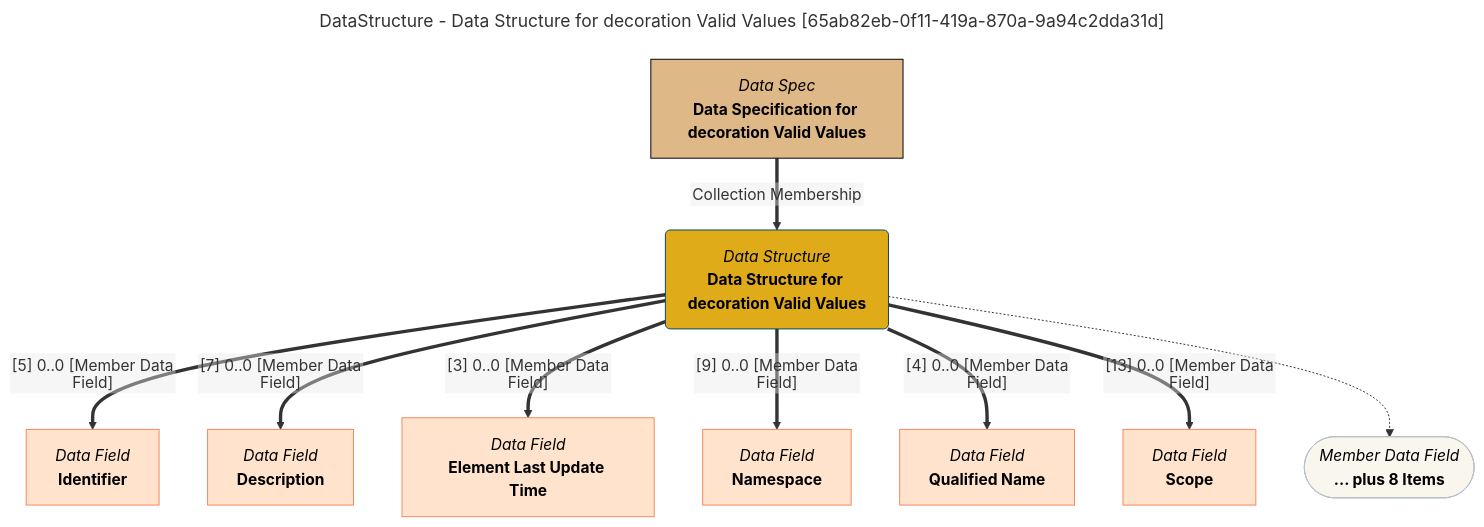
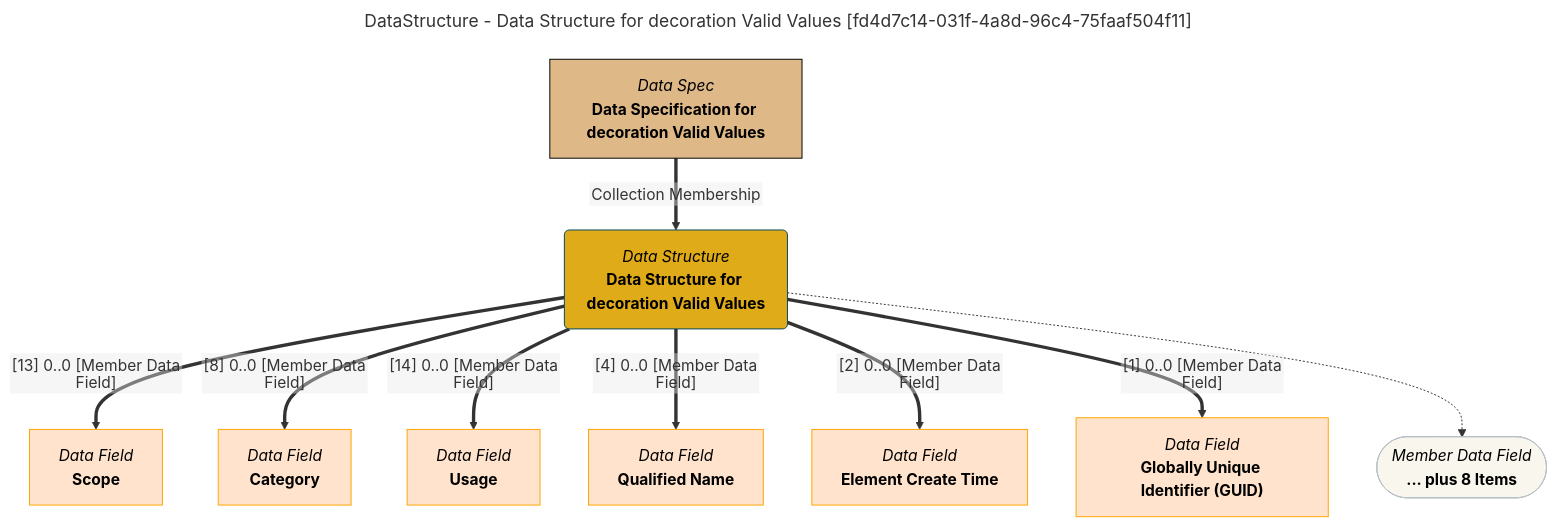
Before and after one commit to odpi/egeria-docs: the diagram in site/snippets/data-structures/data-structure-for-decoration-valid-values-mermaid-graph.md, drawn with Mermaid. The commit also changed 2201 other files, not shown here.

````diff
--- a/site/snippets/data-structures/data-structure-for-decoration-valid-values-mermaid-graph.md
+++ b/site/snippets/data-structures/data-structure-for-decoration-valid-values-mermaid-graph.md
@@ -1,43 +1,43 @@
 ```mermaid
 ---
-title: DataStructure - Data Structure for decoration Valid Values [65ab82eb-0f11-419a-870a-9a94c2dda31d]
+title: DataStructure - Data Structure for decoration Valid Values [fd4d7c14-031f-4a8d-96c4-75faaf504f11]
 ---
 flowchart TD
 %%{init: {"flowchart": {"htmlLabels": false}} }%%
 
 1@{ shape: rounded, label: "*Data Structure*
 **Data Structure for decoration Valid Values**"}
 2@{ shape: rect, label: "*Data Spec*
 **Data Specification for decoration Valid Values**"}
 2==>|"Collection Membership"|1
 3@{ shape: rect, label: "*Data Field*
-**Identifier**"}
-1==>|"[5] 0..0 [Member Data Field]"|3
+**Scope**"}
+1==>|"[13] 0..0 [Member Data Field]"|3
 4@{ shape: rect, label: "*Data Field*
-**Description**"}
-1==>|"[7] 0..0 [Member Data Field]"|4
+**Category**"}
+1==>|"[8] 0..0 [Member Data Field]"|4
 5@{ shape: rect, label: "*Data Field*
-**Element Last Update Time**"}
-1==>|"[3] 0..0 [Member Data Field]"|5
+**Usage**"}
+1==>|"[14] 0..0 [Member Data Field]"|5
 6@{ shape: rect, label: "*Data Field*
-**Namespace**"}
-1==>|"[9] 0..0 [Member Data Field]"|6
+**Qualified Name**"}
+1==>|"[4] 0..0 [Member Data Field]"|6
 7@{ shape: rect, label: "*Data Field*
-**Qualified Name**"}
-1==>|"[4] 0..0 [Member Data Field]"|7
+**Element Create Time**"}
+1==>|"[2] 0..0 [Member Data Field]"|7
 8@{ shape: rect, label: "*Data Field*
-**Scope**"}
-1==>|"[13] 0..0 [Member Data Field]"|8
+**Globally Unique Identifier (GUID)**"}
+1==>|"[1] 0..0 [Member Data Field]"|8
 9@{ shape: stadium, label: "*Member Data Field*
 **... plus 8 Items**"}
 1-.->9
 style 1 color:#000000, fill:#e0ab18, stroke:#004563
-style 2 color:#000000, fill:#deb887, stroke:#000000
-style 3 color:#000000, fill:#ffe3cc, stroke:#f9845b
-style 4 color:#000000, fill:#ffe3cc, stroke:#f9845b
-style 5 color:#000000, fill:#ffe3cc, stroke:#f9845b
-style 6 color:#000000, fill:#ffe3cc, stroke:#f9845b
-style 7 color:#000000, fill:#ffe3cc, stroke:#f9845b
-style 8 color:#000000, fill:#ffe3cc, stroke:#f9845b
+style 2 color:#000000, fill:#DEB887, stroke:#000000
+style 3 color:#000000, fill:#ffe3cc, stroke:#FFA500
+style 4 color:#000000, fill:#ffe3cc, stroke:#FFA500
+style 5 color:#000000, fill:#ffe3cc, stroke:#FFA500
+style 6 color:#000000, fill:#ffe3cc, stroke:#FFA500
+style 7 color:#000000, fill:#ffe3cc, stroke:#FFA500
+style 8 color:#000000, fill:#ffe3cc, stroke:#FFA500
 style 9 color:#000000, fill:#F9F7ED, stroke:#b7c0c7
 ```
````
